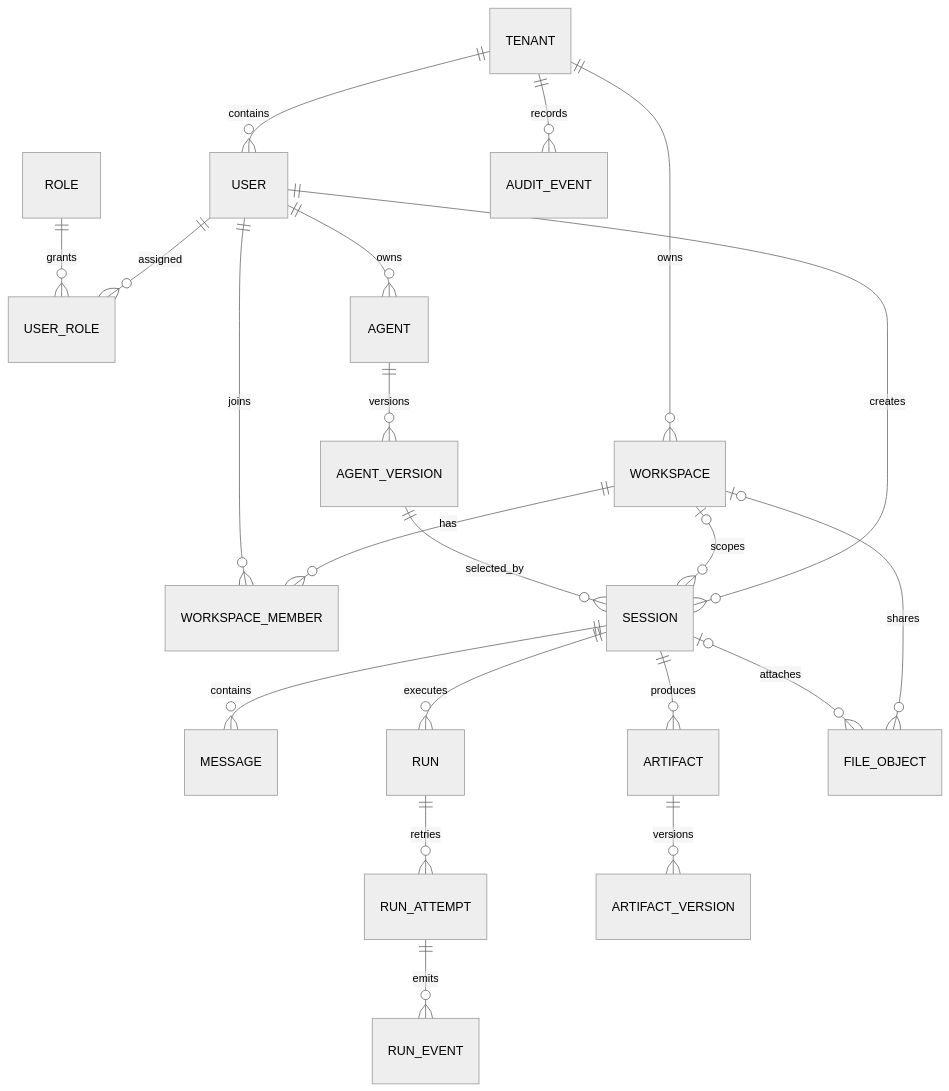
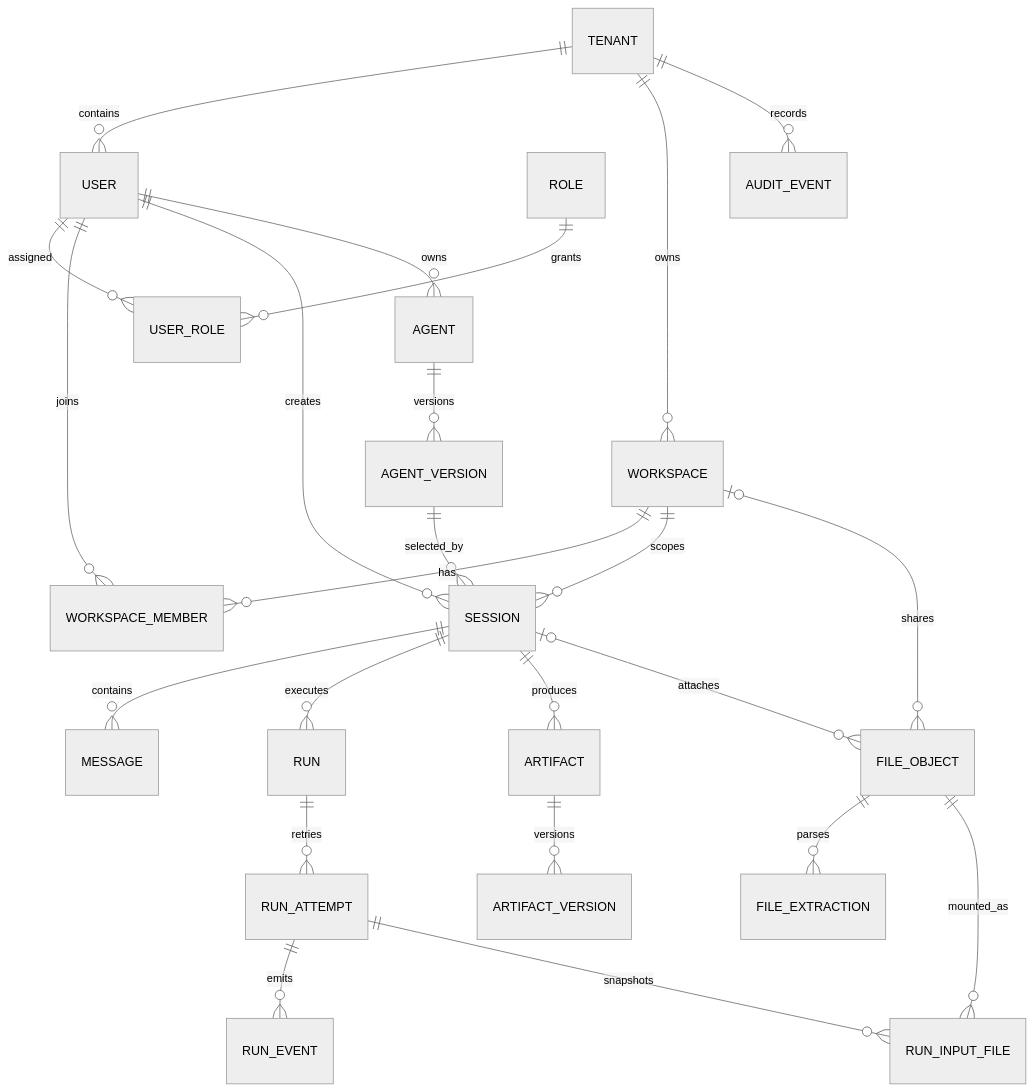
The diagram in docs/data-model.md (tonycc/dsh-work), drawn with Mermaid (neutral theme) before and after one commit. The commit also changed other lines of this file and 168 other files, not shown here.

````diff
--- a/docs/data-model.md
+++ b/docs/data-model.md
@@ -18,23 +18,26 @@
 ```mermaid
 erDiagram
   TENANT ||--o{ USER : contains
   USER ||--o{ USER_ROLE : assigned
   ROLE ||--o{ USER_ROLE : grants
   TENANT ||--o{ WORKSPACE : owns
   WORKSPACE ||--o{ WORKSPACE_MEMBER : has
   USER ||--o{ WORKSPACE_MEMBER : joins
   USER ||--o{ SESSION : creates
-  WORKSPACE o|--o{ SESSION : scopes
+  WORKSPACE ||--o{ SESSION : scopes
   AGENT ||--o{ AGENT_VERSION : versions
   USER ||--o{ AGENT : owns
   AGENT_VERSION ||--o{ SESSION : selected_by
   SESSION ||--o{ MESSAGE : contains
   SESSION ||--o{ RUN : executes
   RUN ||--o{ RUN_ATTEMPT : retries
   RUN_ATTEMPT ||--o{ RUN_EVENT : emits
   SESSION ||--o{ ARTIFACT : produces
   ARTIFACT ||--o{ ARTIFACT_VERSION : versions
   WORKSPACE o|--o{ FILE_OBJECT : shares
   SESSION o|--o{ FILE_OBJECT : attaches
+  FILE_OBJECT ||--o{ FILE_EXTRACTION : parses
+  RUN_ATTEMPT ||--o{ RUN_INPUT_FILE : snapshots
+  FILE_OBJECT ||--o{ RUN_INPUT_FILE : mounted_as
   TENANT ||--o{ AUDIT_EVENT : records
 ```
````
